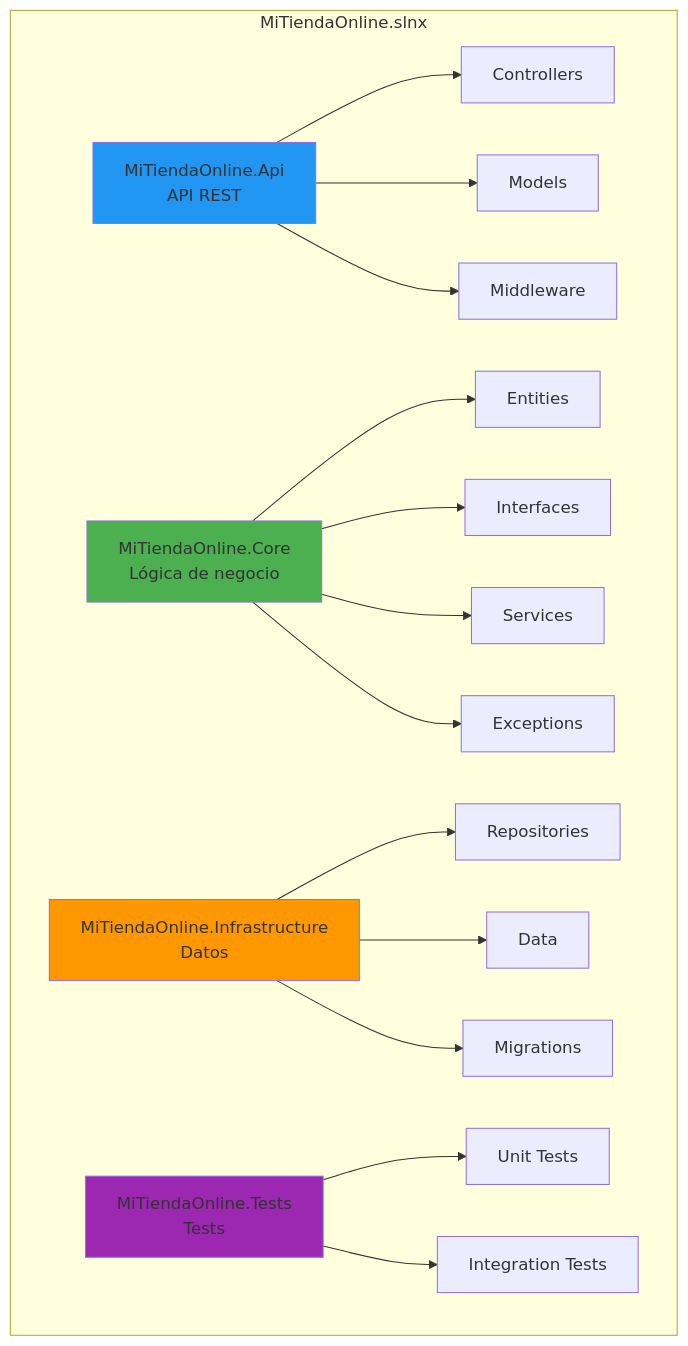
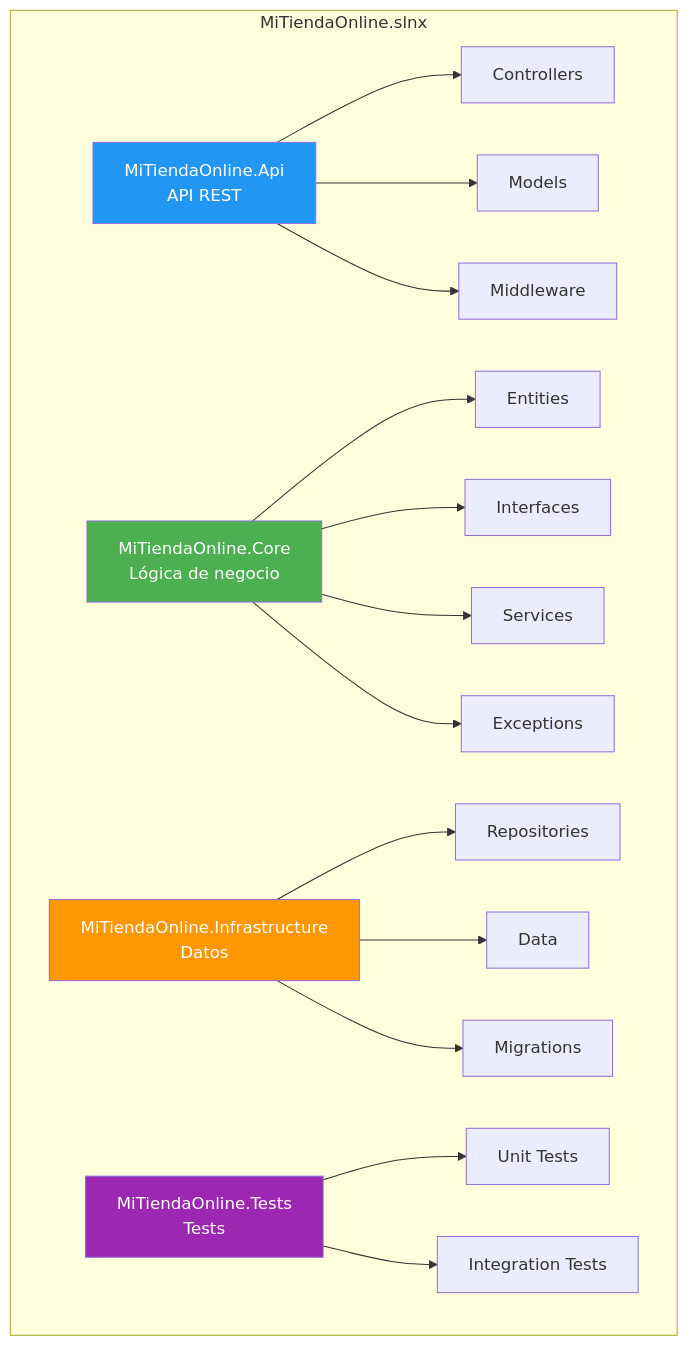
The second of 13 diagrams in csharp_inicial/02-GestionProyectos.md (joseluisgs/DesarrolloWebEntornosServidor-01-2026-2027), drawn with Mermaid before and after one commit. The commit also changed other lines of this file and 66 other files, not shown here.

First line of the commit message:
fix: normalizar titulos al castellano de frase y corregir la paleta de mermaid

````diff
--- a/csharp_inicial/02-GestionProyectos.md
+++ b/csharp_inicial/02-GestionProyectos.md
@@ -65,29 +65,29 @@
 ```mermaid
 flowchart TB
     subgraph "MiTiendaOnline.slnx"
         A["MiTiendaOnline.Api<br/>API REST"] 
         A --> B["Controllers"]
         A --> C["Models"]
         A --> D["Middleware"]
         
         E["MiTiendaOnline.Core<br/>Lógica de negocio"]
         E --> F["Entities"]
         E --> G["Interfaces"]
         E --> H["Services"]
         E --> I["Exceptions"]
         
         J["MiTiendaOnline.Infrastructure<br/>Datos"]
         J --> K["Repositories"]
         J --> L["Data"]
         J --> M["Migrations"]
         
         N["MiTiendaOnline.Tests<br/>Tests"]
         N --> O["Unit Tests"]
         N --> P["Integration Tests"]
     end
     
-    style A fill:#2196F3
-    style E fill:#4CAF50
-    style J fill:#FF9800
-    style N fill:#9C27B0
+    style A fill:#2196F3,color:#fff
+    style E fill:#4CAF50,color:#fff
+    style J fill:#FF9800,color:#fff
+    style N fill:#9C27B0,color:#fff
 ```
````
